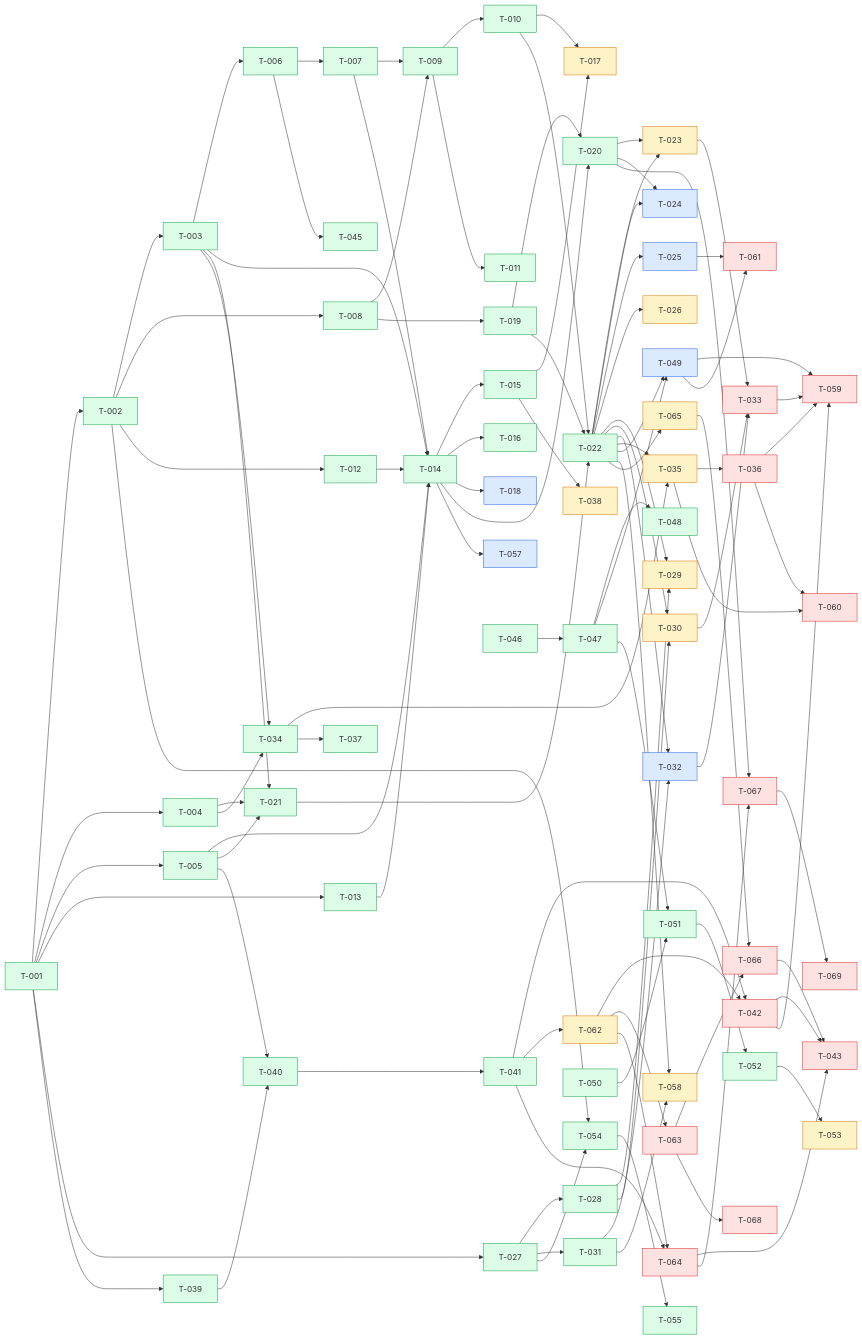
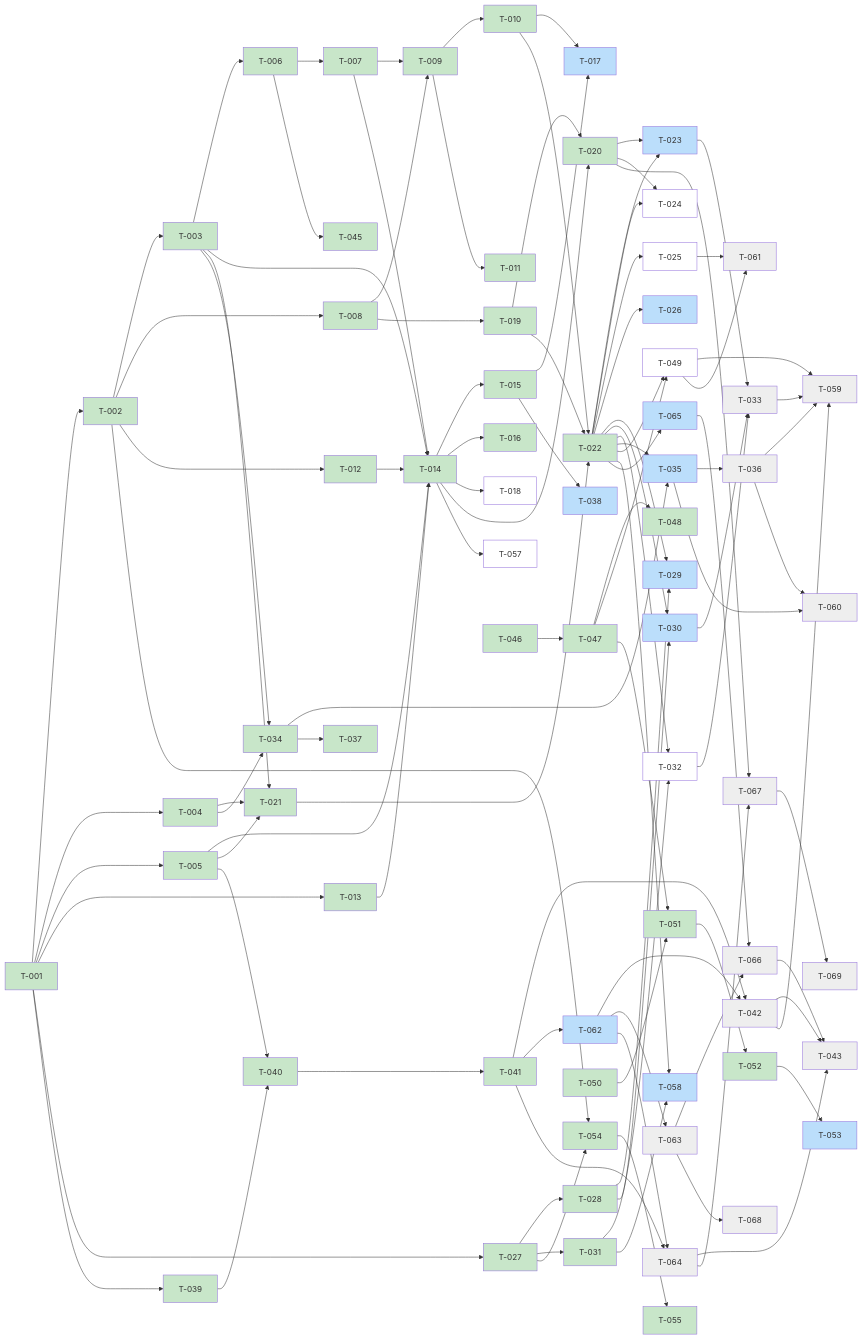
The diagram in kanban/BOARD.md (scholtz/biatec-chat), drawn with Mermaid before and after one commit. The commit also changed other lines of this file, not shown here.

Commit message:
kanban: sync board (merged tasks done, unblock dependants)

````diff
--- a/kanban/BOARD.md
+++ b/kanban/BOARD.md
@@ -205,79 +205,13 @@
   T064[T-064] --> T067[T-067]
   T063[T-063] --> T068[T-068]
   T067[T-067] --> T069[T-069]
-  classDef backlog fill:#dbeafe,stroke:#2563eb
-  classDef prog fill:#fef3c7,stroke:#d97706
-  classDef blocked fill:#fee2e2,stroke:#dc2626
-  classDef review fill:#ede9fe,stroke:#7c3aed
-  classDef done fill:#dcfce7,stroke:#16a34a
-  class T001 done
-  class T002 done
-  class T003 done
-  class T004 done
-  class T005 done
-  class T006 done
-  class T007 done
-  class T008 done
-  class T009 done
-  class T010 done
-  class T011 done
-  class T012 done
-  class T013 done
-  class T014 done
-  class T015 done
-  class T016 done
-  class T017 prog
-  class T018 backlog
-  class T019 done
-  class T020 done
-  class T021 done
-  class T022 done
-  class T023 prog
-  class T024 backlog
-  class T025 backlog
-  class T026 prog
-  class T027 done
-  class T028 done
-  class T029 prog
-  class T030 prog
-  class T031 done
-  class T032 backlog
-  class T033 blocked
-  class T034 done
-  class T035 prog
-  class T036 blocked
-  class T037 done
-  class T038 prog
-  class T039 done
-  class T040 done
-  class T041 done
-  class T042 blocked
-  class T043 blocked
-  class T044 done
-  class T045 done
-  class T046 done
-  class T047 done
-  class T048 done
-  class T049 backlog
-  class T050 done
-  class T051 done
-  class T052 done
-  class T053 prog
-  class T054 done
-  class T055 done
-  class T056 done
-  class T057 backlog
-  class T058 prog
-  class T059 blocked
-  class T060 blocked
-  class T061 blocked
-  class T062 prog
-  class T063 blocked
-  class T064 blocked
-  class T065 prog
-  class T066 blocked
-  class T067 blocked
-  class T068 blocked
-  class T069 blocked
-
+  classDef done fill:#c8e6c9
+  classDef review fill:#fff9c4
+  classDef inprogress fill:#bbdefb
+  classDef backlog fill:#ffffff
+  classDef blocked fill:#eeeeee
+  class T001,T002,T003,T004,T005,T006,T007,T008,T009,T010,T011,T012,T013,T014,T015,T016,T019,T020,T021,T022,T027,T028,T031,T034,T037,T039,T040,T041,T044,T045,T046,T047,T048,T050,T051,T052,T054,T055,T056 done
+  class T023,T017,T029,T030,T035,T038,T062,T026,T065,T053,T058 inprogress
+  class T024,T032,T049,T018,T025,T057 backlog
+  class T042,T033,T036,T059,T063,T064,T043,T066,T068,T060,T061,T067,T069 blocked
 ```
````
